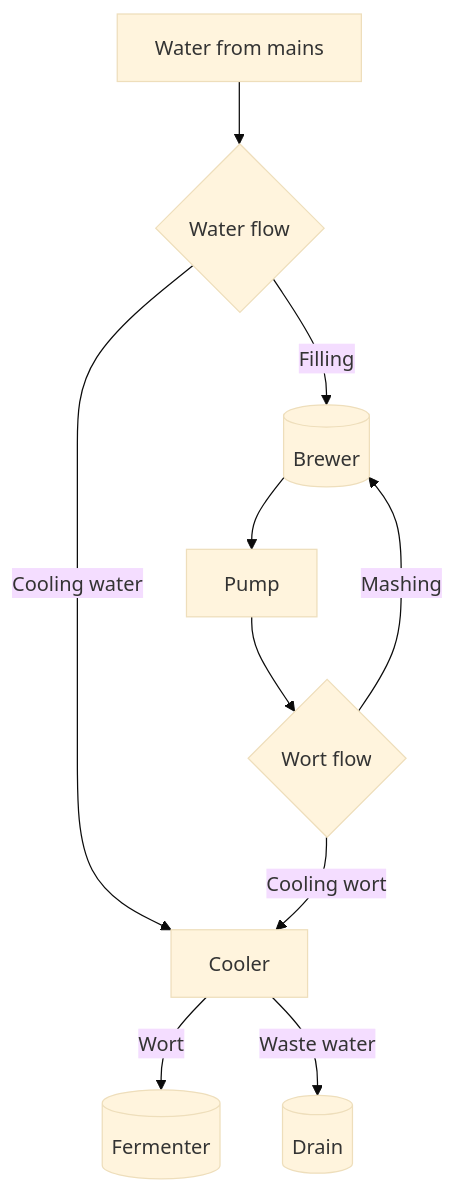
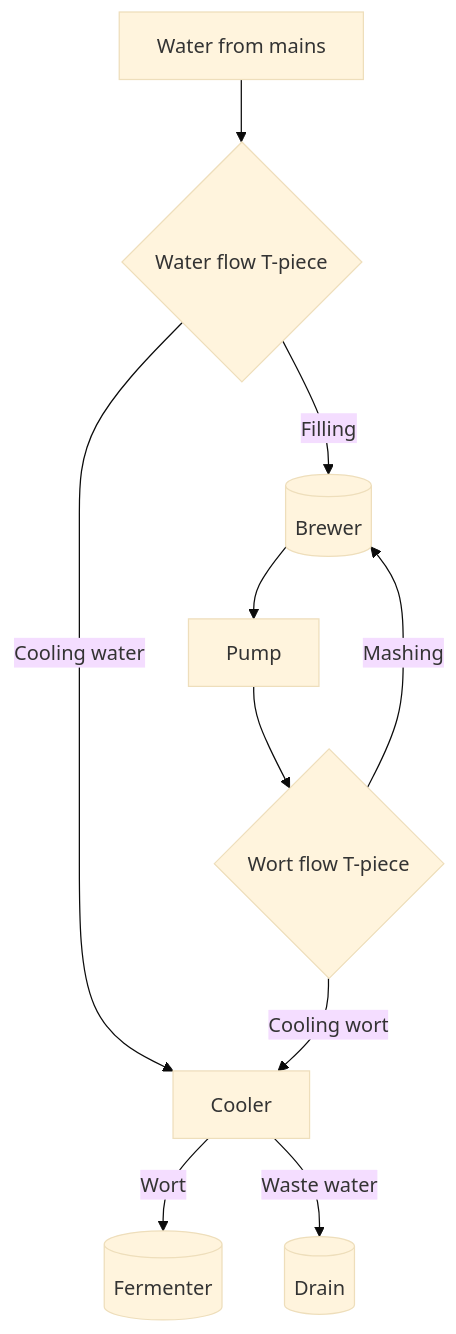
The diagram in README.md (drilorin/brew_notes), drawn with Mermaid (base theme) before and after one commit. The commit also changed other lines of this file, not shown here.

````diff
--- a/README.md
+++ b/README.md
@@ -17,12 +17,12 @@
 ```mermaid
 flowchart TD
-  A[Water from mains] --> B{Water flow};
+  A[Water from mains] --> B{Water flow T-piece};
   B -- Filling --> C;
   B -- Cooling water --> F;
   C[(Brewer)] --> D;
-  D[Pump] --> E{Wort flow};
+  D[Pump] --> E{Wort flow T-piece};
   E -- Mashing --> C;
   E -- Cooling wort --> F;
   F[Cooler] -- Wort --> G[(Fermenter)];
   F -- Waste water --> H[(Drain)];
 ```
````
